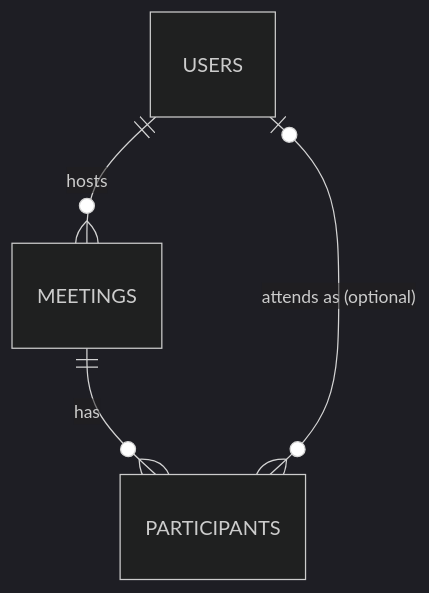
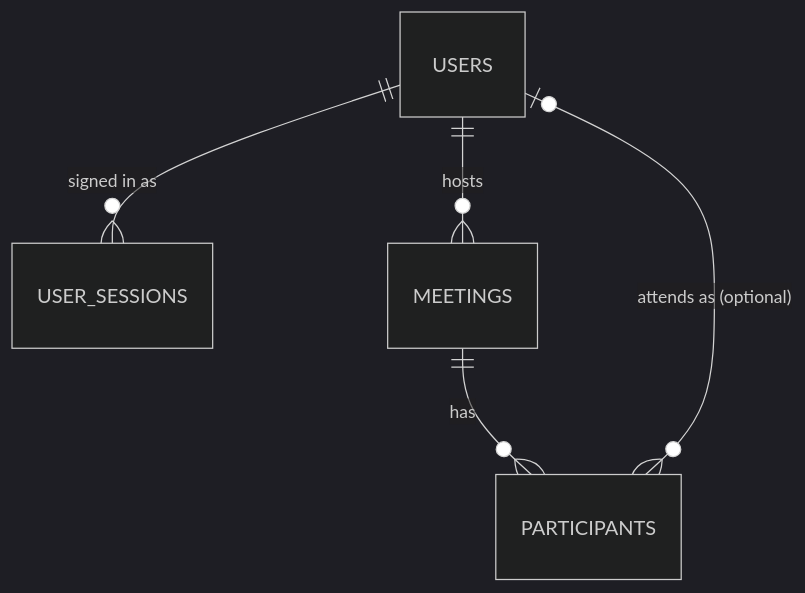
The diagram in README.md (jpriyansh2005/Huddle-Flow), drawn with Mermaid (dark theme) before and after one commit. The commit also changed other lines of this file and 52 other files, not shown here.

````diff
--- a/README.md
+++ b/README.md
@@ -187,6 +243,7 @@
 ```mermaid
 erDiagram
+    USERS ||--o{ USER_SESSIONS : "signed in as"
     USERS ||--o{ MEETINGS : hosts
     MEETINGS ||--o{ PARTICIPANTS : has
     USERS |o--o{ PARTICIPANTS : "attends as (optional)"
 ```
````
